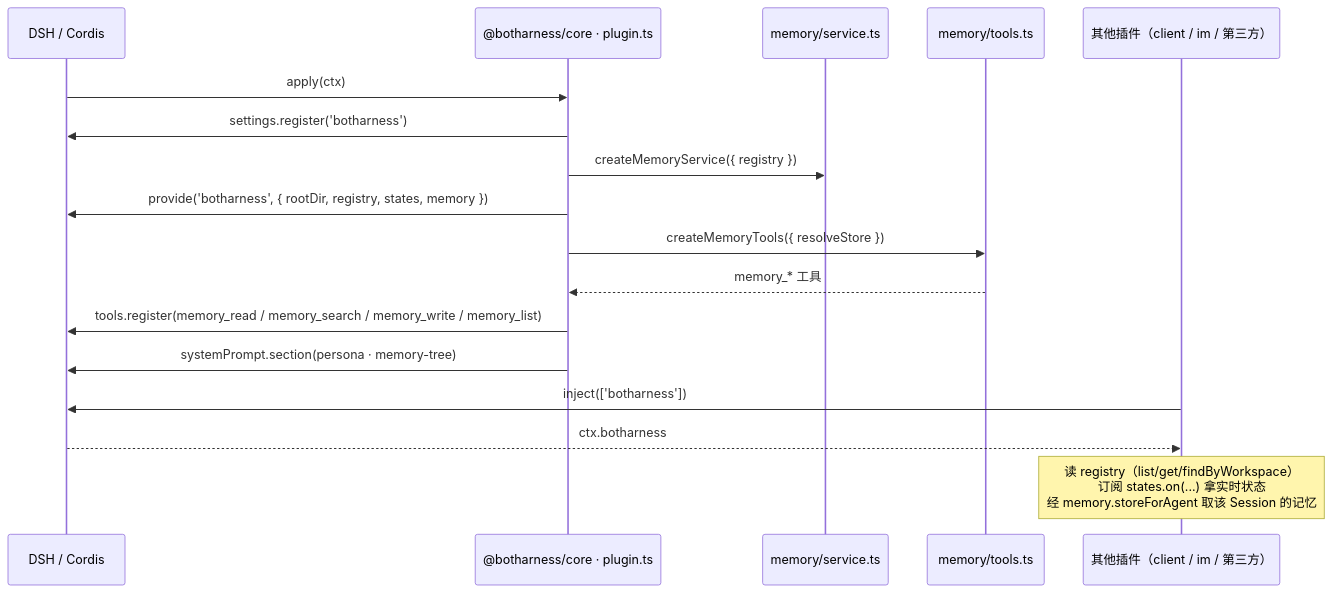
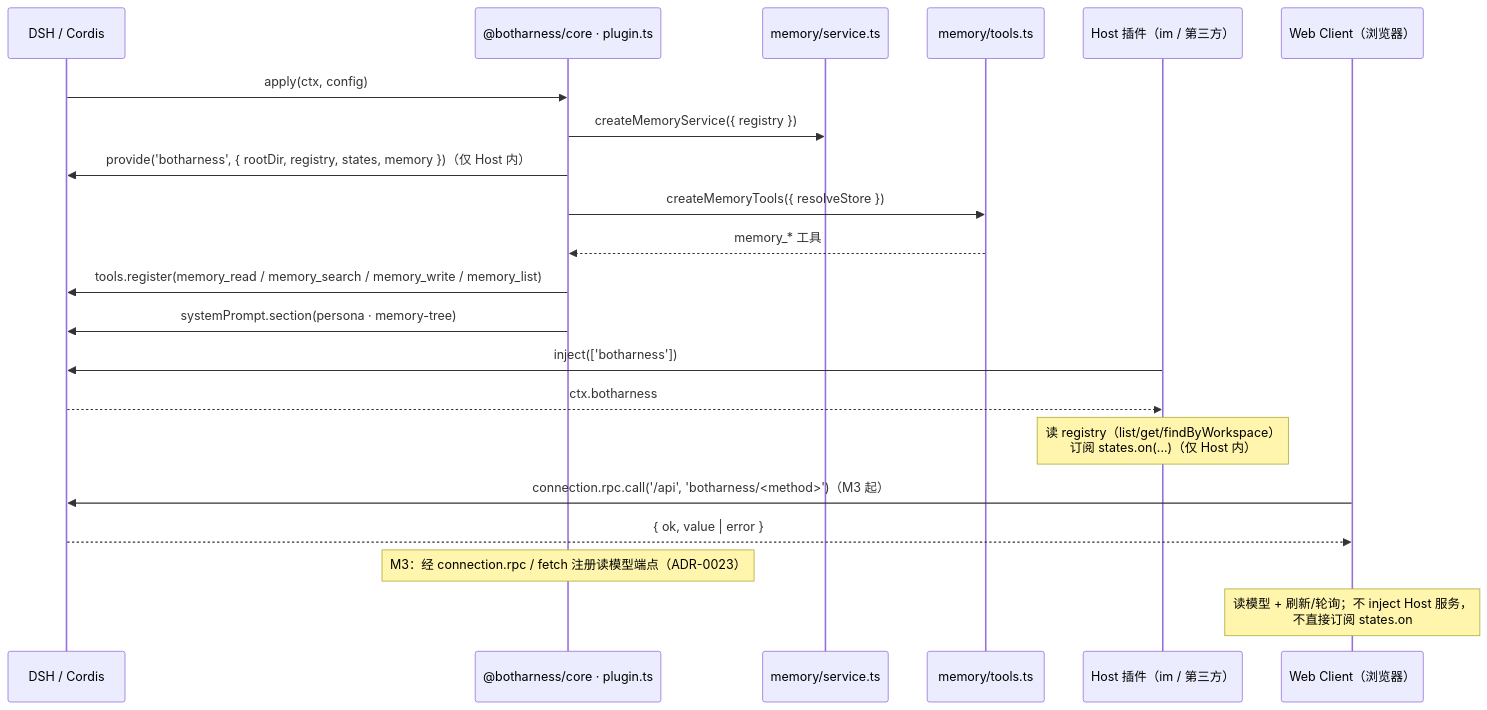
Before and after one commit to BotHarness/BotHarness: the third of 6 diagrams in docs/architecture/botharness-architecture.md, drawn with Mermaid. The commit also changed other lines of this file and 39 other files, not shown here.

First line of the commit message:
feat(core)!: DSH conformance — apply(ctx, config), manifest fields; client bridge spec

````diff
--- a/docs/architecture/botharness-architecture.md
+++ b/docs/architecture/botharness-architecture.md
@@ -112,20 +115,24 @@
 ```mermaid
 sequenceDiagram
   participant D as DSH / Cordis
   participant P as @botharness/core · plugin.ts
   participant M as memory/service.ts
   participant T as memory/tools.ts
-  participant O as 其他插件（client / im / 第三方）
+  participant O as Host 插件（im / 第三方）
+  participant C as Web Client（浏览器）
 
-  D->>P: apply(ctx)
-  P->>D: settings.register('botharness')
+  D->>P: apply(ctx, config)
   P->>M: createMemoryService({ registry })
-  P->>D: provide('botharness', { rootDir, registry, states, memory })
+  P->>D: provide('botharness', { rootDir, registry, states, memory })（仅 Host 内）
   P->>T: createMemoryTools({ resolveStore })
   T-->>P: memory_* 工具
   P->>D: tools.register(memory_read / memory_search / memory_write / memory_list)
   P->>D: systemPrompt.section(persona · memory-tree)
   O->>D: inject(['botharness'])
   D-->>O: ctx.botharness
-  Note over O: 读 registry（list/get/findByWorkspace）<br/>订阅 states.on(...) 拿实时状态<br/>经 memory.storeForAgent 取该 Session 的记忆
+  Note over O: 读 registry（list/get/findByWorkspace）<br/>订阅 states.on(...)（仅 Host 内）
+  C->>D: connection.rpc.call('/api', 'botharness/<method>')（M3 起）
+  D-->>C: { ok, value | error }
+  Note over P: M3：经 connection.rpc / fetch 注册读模型端点（ADR-0023）
+  Note over C: 读模型 + 刷新/轮询；不 inject Host 服务，<br/>不直接订阅 states.on
 ```
````
